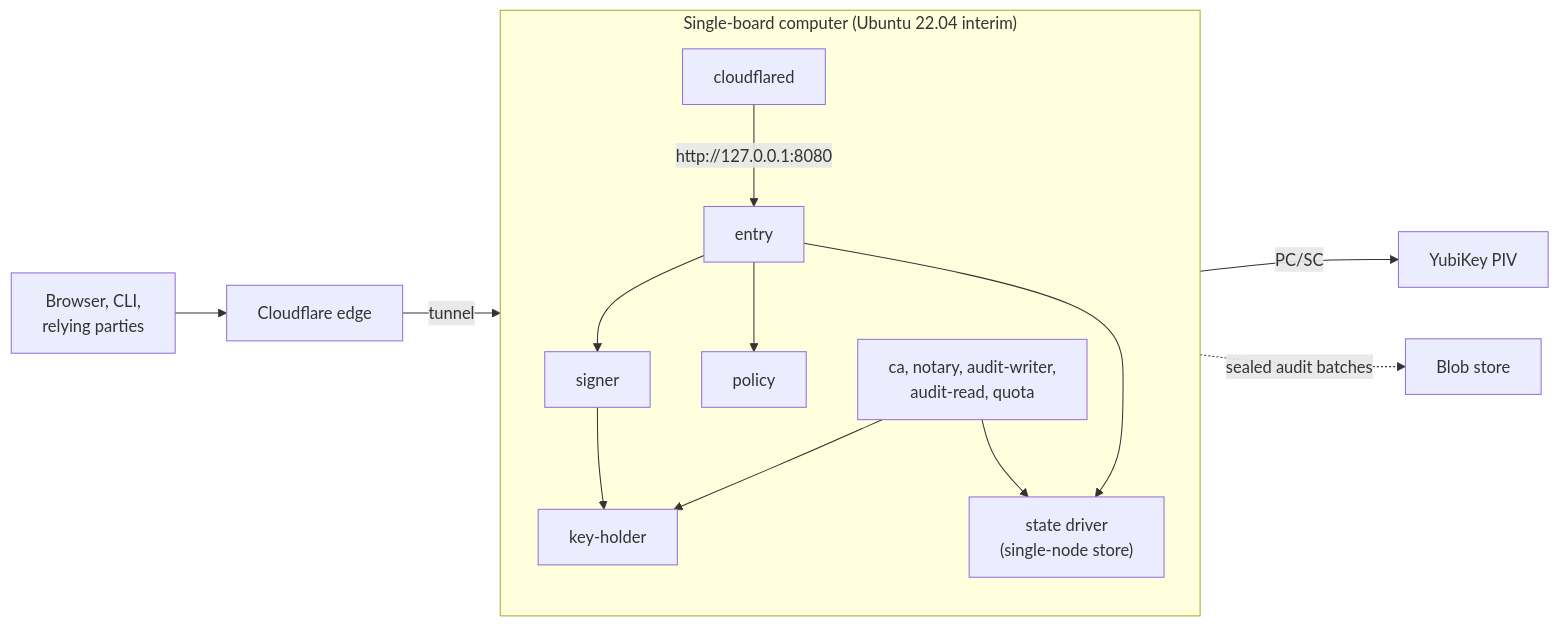
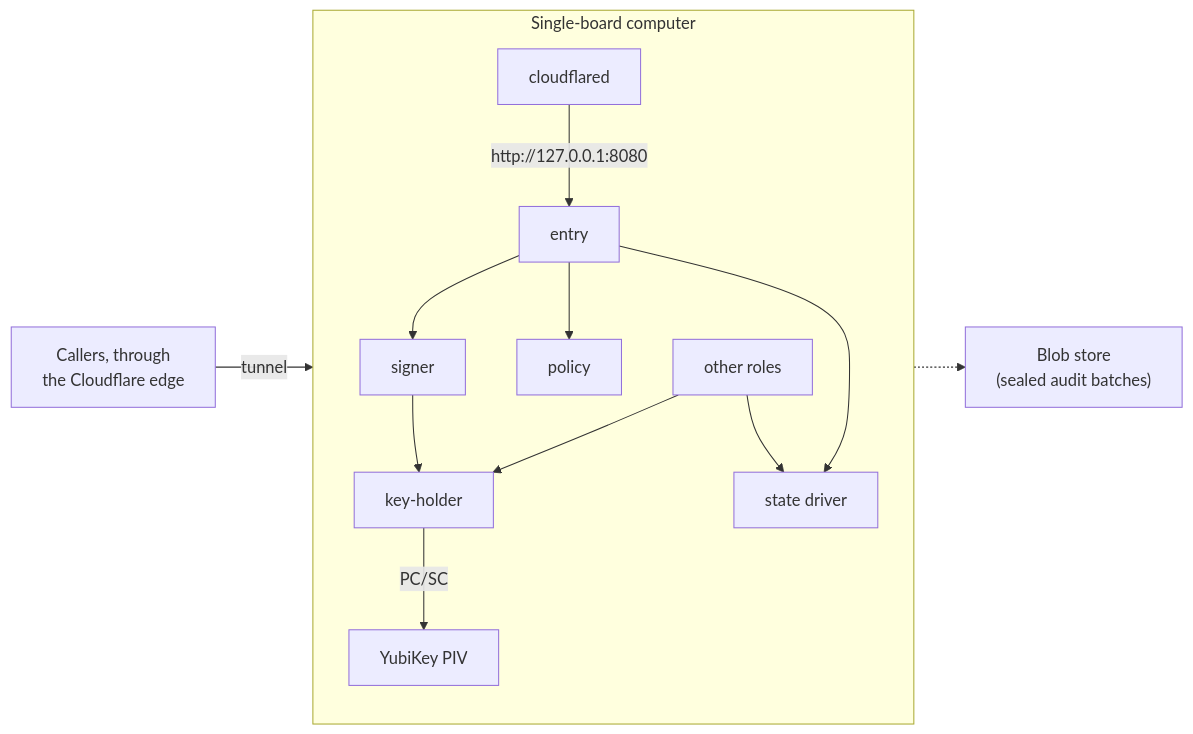
Before and after one commit to truvity/sluis: the diagram in docs/shapes/single-node.md, drawn with Mermaid. The commit also changed other lines of this file and 6 other files, not shown here.

First line of the commit message:
docs(site): split oversized diagrams into steps and shorten labels

````diff
--- a/docs/shapes/single-node.md
+++ b/docs/shapes/single-node.md
@@ -13,24 +13,23 @@
 ```mermaid
 flowchart LR
-  user["Browser, CLI,<br/>relying parties"] --> cf["Cloudflare edge"]
-  cf -- "tunnel" --> cfd
-  subgraph board["Single-board computer (Ubuntu 22.04 interim)"]
+  cf["Callers, through<br/>the Cloudflare edge"] -- "tunnel" --> board
+  subgraph board["Single-board computer"]
     direction TB
     cfd["cloudflared"]
     entry["entry"]
     signer["signer"]
     policy["policy"]
-    roles["ca, notary, audit-writer,<br/>audit-read, quota"]
+    roles["other roles"]
     kh["key-holder"]
-    st["state driver<br/>(single-node store)"]
+    st["state driver"]
     cfd -- "http://127.0.0.1:8080" --> entry
     entry --> signer
     entry --> policy
     signer --> kh
     roles --> kh
     entry --> st
     roles --> st
+    kh -- "PC/SC" --> yk["YubiKey PIV"]
   end
-  kh -- "PC/SC" --> yk["YubiKey PIV"]
-  roles -. "sealed audit batches" .-> blob["Blob store"]
+  board -.-> blob["Blob store<br/>(sealed audit batches)"]
 ```
````
